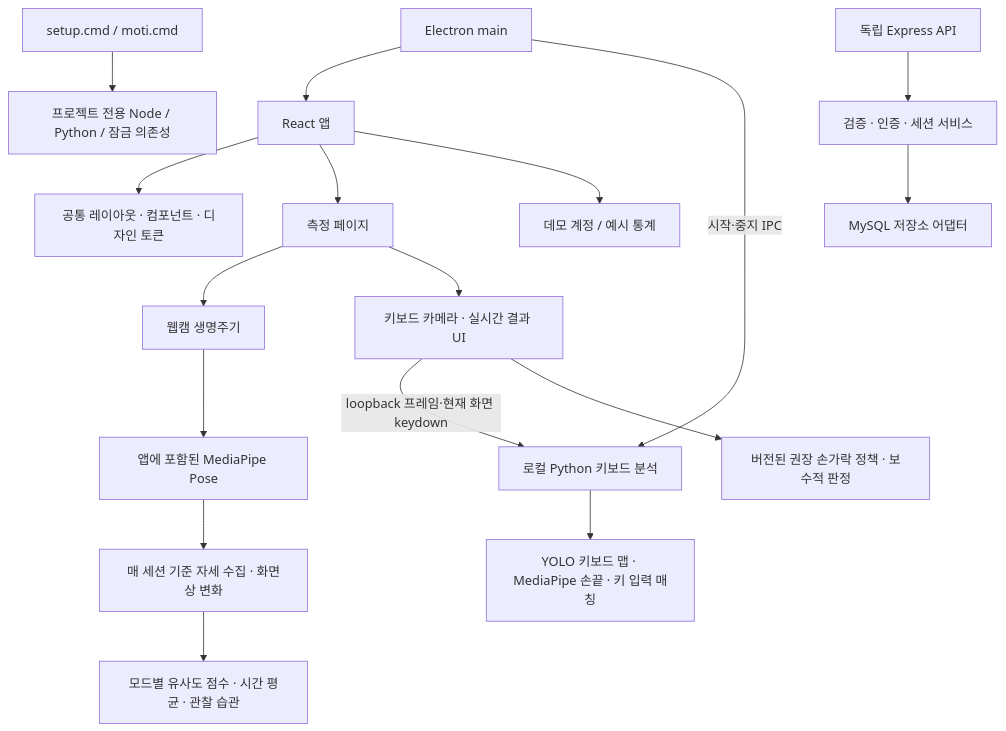
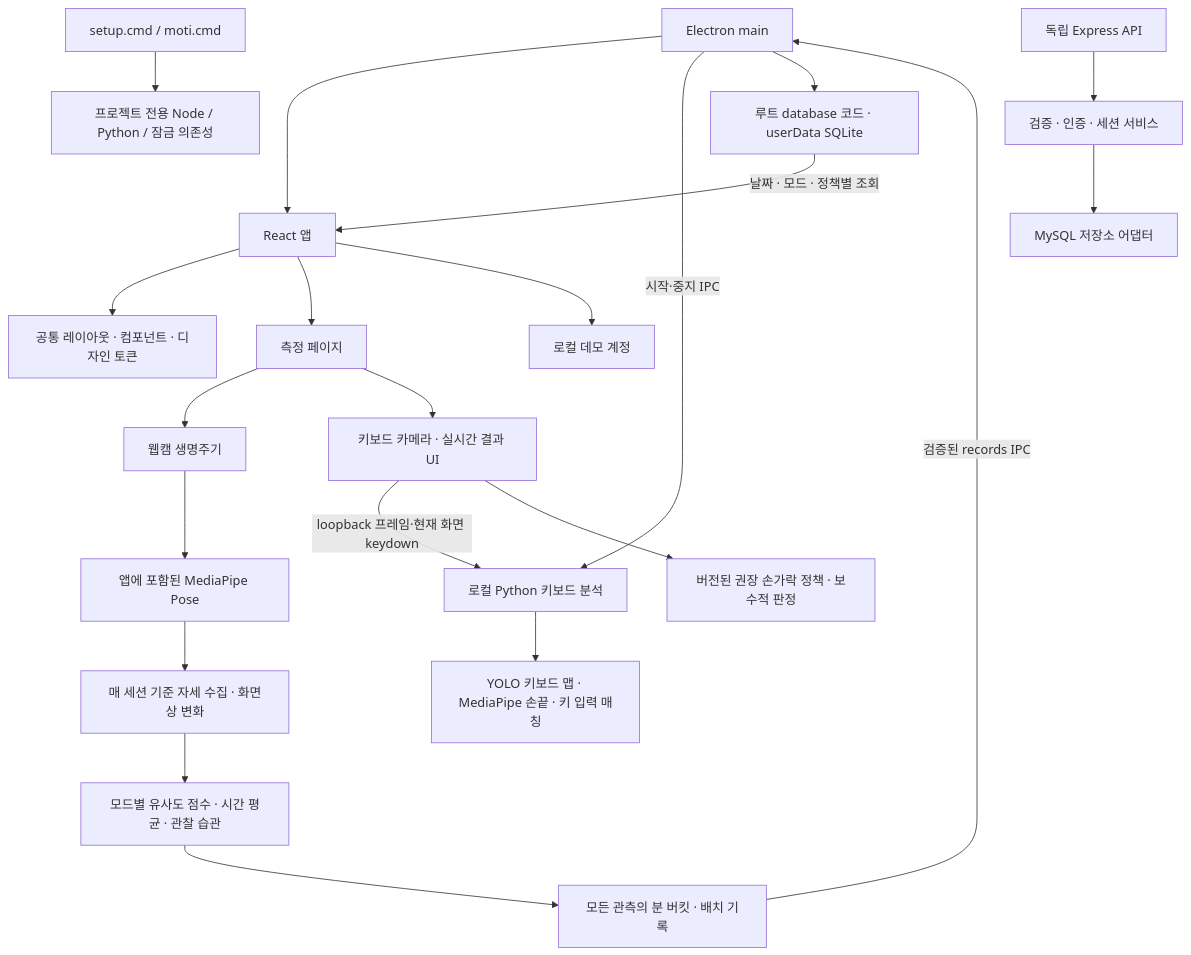
Before and after one commit to Attraaa/Graduation-Project: the diagram in docs/architecture.md, drawn with Mermaid. The commit also changed other lines of this file and 54 other files, not shown here.

````diff
--- a/docs/architecture.md
+++ b/docs/architecture.md
@@ -7,19 +7,23 @@
 ```mermaid
 flowchart TD
   S[setup.cmd / moti.cmd] --> T[프로젝트 전용 Node / Python / 잠금 의존성]
   E[Electron main] --> R[React 앱]
   E -->|시작·중지 IPC| K[로컬 Python 키보드 분석]
   R --> UI[공통 레이아웃 · 컴포넌트 · 디자인 토큰]
   R --> M[측정 페이지]
   M --> W[웹캠 생명주기]
   W --> P[앱에 포함된 MediaPipe Pose]
   P --> C[매 세션 기준 자세 수집 · 화면상 변화]
   C --> V1[모드별 유사도 점수 · 시간 평균 · 관찰 습관]
-  R --> D[데모 계정 / 예시 통계]
+  R --> D[로컬 데모 계정]
+  V1 --> REC[모든 관측의 분 버킷 · 배치 기록]
+  REC -->|검증된 records IPC| E
+  E --> SQLITE[루트 database 코드 · userData SQLite]
+  SQLITE -->|날짜 · 모드 · 정책별 조회| R
   A[독립 Express API] --> V[검증 · 인증 · 세션 서비스]
   V --> DB[MySQL 저장소 어댑터]
   M --> KM[키보드 카메라 · 실시간 결과 UI]
   KM -->|loopback 프레임·현재 화면 keydown| K
   K --> F[YOLO 키보드 맵 · MediaPipe 손끝 · 키 입력 매칭]
   KM --> FP[버전된 권장 손가락 정책 · 보수적 판정]
 ```
````
